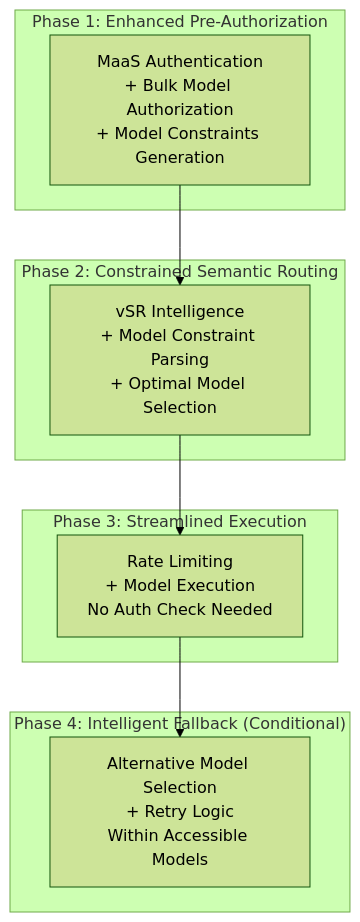
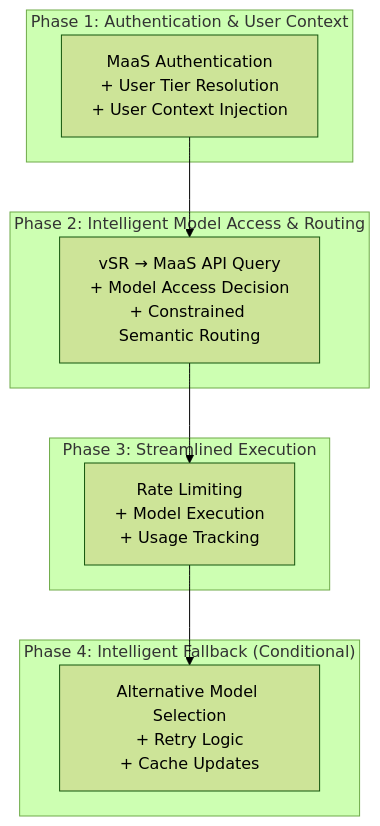
The fourth of 9 diagrams in docs/designs/vSR-Integration/README.md (noyitz/maas-billing), drawn with Mermaid (forest theme) before and after one commit. The commit also changed other lines of this file, not shown here.

````diff
--- a/docs/designs/vSR-Integration/README.md
+++ b/docs/designs/vSR-Integration/README.md
@@ -234,22 +234,22 @@
 ```mermaid
 graph TB
-    subgraph "Phase 1: Enhanced Pre-Authorization"
-        P1[MaaS Authentication<br/>+ Bulk Model Authorization<br/>+ Model Constraints Generation]
+    subgraph "Phase 1: Authentication & User Context"
+        P1[MaaS Authentication<br/>+ User Tier Resolution<br/>+ User Context Injection]
     end
     
-    subgraph "Phase 2: Constrained Semantic Routing"
-        P2[vSR Intelligence<br/>+ Model Constraint Parsing<br/>+ Optimal Model Selection]
+    subgraph "Phase 2: Intelligent Model Access & Routing"
+        P2[vSR → MaaS API Query<br/>+ Model Access Decision<br/>+ Constrained Semantic Routing]
     end
     
     subgraph "Phase 3: Streamlined Execution"
-        P3[Rate Limiting<br/>+ Model Execution<br/>No Auth Check Needed]
+        P3[Rate Limiting<br/>+ Model Execution<br/>+ Usage Tracking]
     end
     
     subgraph "Phase 4: Intelligent Fallback (Conditional)"
-        P4[Alternative Model Selection<br/>+ Retry Logic<br/>Within Accessible Models]
+        P4[Alternative Model Selection<br/>+ Retry Logic<br/>+ Cache Updates]
     end
     
     P1 --> P2
     P2 --> P3
     P3 --> P4
 ```
````
